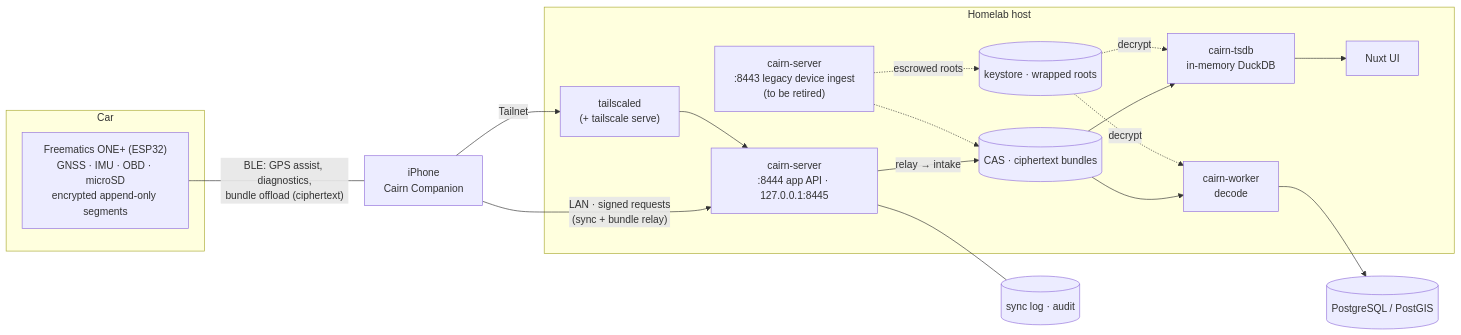
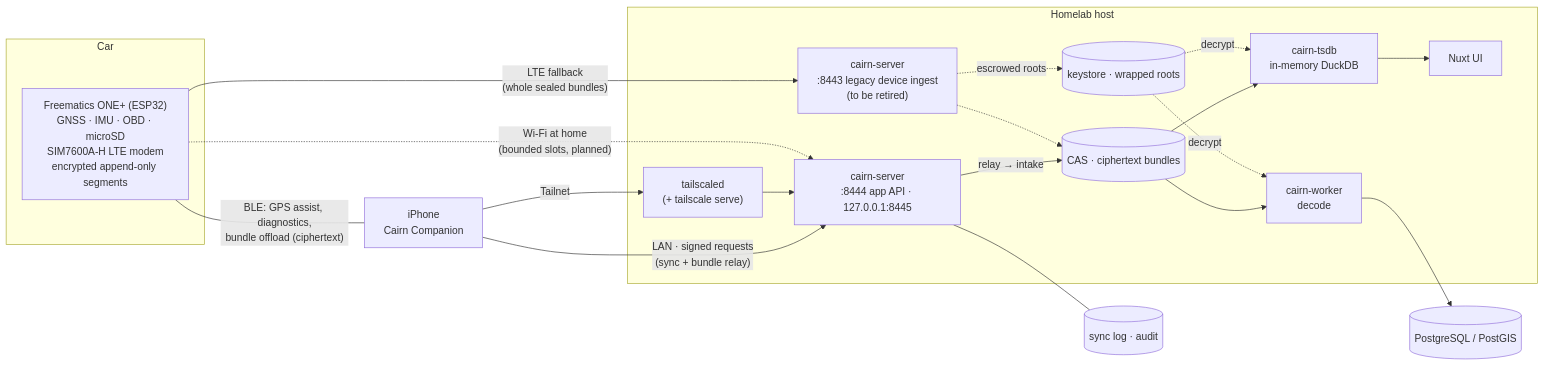
The diagram in docs/architecture.md (ParkWardRR/Cairn), drawn with Mermaid before and after one commit. The commit also changed other lines of this file and 5 other files, not shown here.

First line of the commit message:
docs: LTE ships, and it carries bundles rather than digests

````diff
--- a/docs/architecture.md
+++ b/docs/architecture.md
@@ -13,28 +13,30 @@
 ```mermaid
 flowchart LR
   subgraph Car
-    D["Freematics ONE+ (ESP32)<br/>GNSS · IMU · OBD · microSD<br/>encrypted append-only segments"]
+    D["Freematics ONE+ (ESP32)<br/>GNSS · IMU · OBD · microSD<br/>SIM7600A-H LTE modem<br/>encrypted append-only segments"]
   end
   P["iPhone<br/>Cairn Companion"]
   subgraph Host["Homelab host"]
     TS["tailscaled<br/>(+ tailscale serve)"]
     I["cairn-server<br/>:8443 legacy device ingest<br/>(to be retired)"]
     A["cairn-server<br/>:8444 app API · 127.0.0.1:8445"]
     CAS[("CAS · ciphertext bundles")]
     KS[("keystore · wrapped roots")]
     W["cairn-worker<br/>decode"]
     TSDB["cairn-tsdb<br/>in-memory DuckDB"]
     UI["Nuxt UI"]
   end
   D -- "BLE: GPS assist, diagnostics,<br/>bundle offload (ciphertext)" --- P
   P -- "LAN · signed requests<br/>(sync + bundle relay)" --> A
   P -- "Tailnet" --> TS --> A
+  D -. "Wi-Fi at home<br/>(bounded slots, planned)" .-> A
+  D -- "LTE fallback<br/>(whole sealed bundles)" --> I
   A -- "relay → intake" --> CAS
   I -.-> CAS
   I -. escrowed roots .-> KS
   CAS --> W --> PG[("PostgreSQL / PostGIS")]
   CAS --> TSDB --> UI
   KS -. decrypt .-> W
   KS -. decrypt .-> TSDB
   A --- AS[("sync log · audit")]
 ```
````
